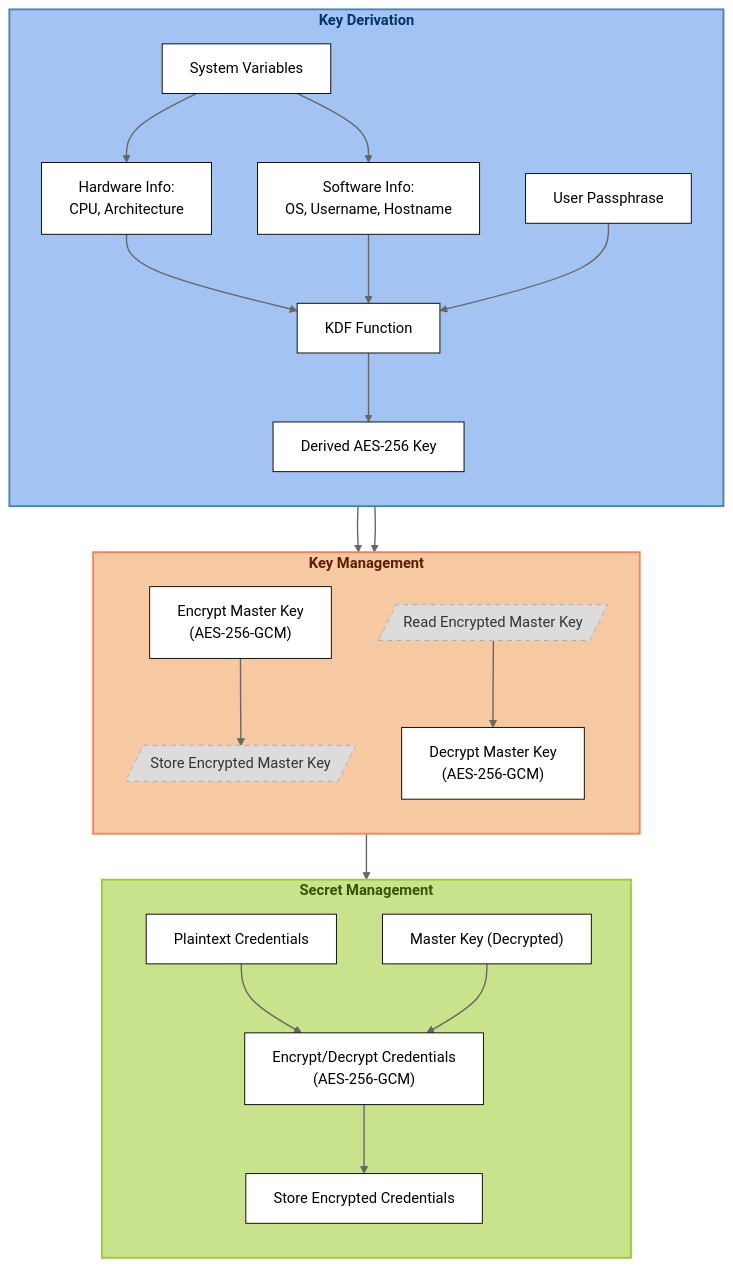
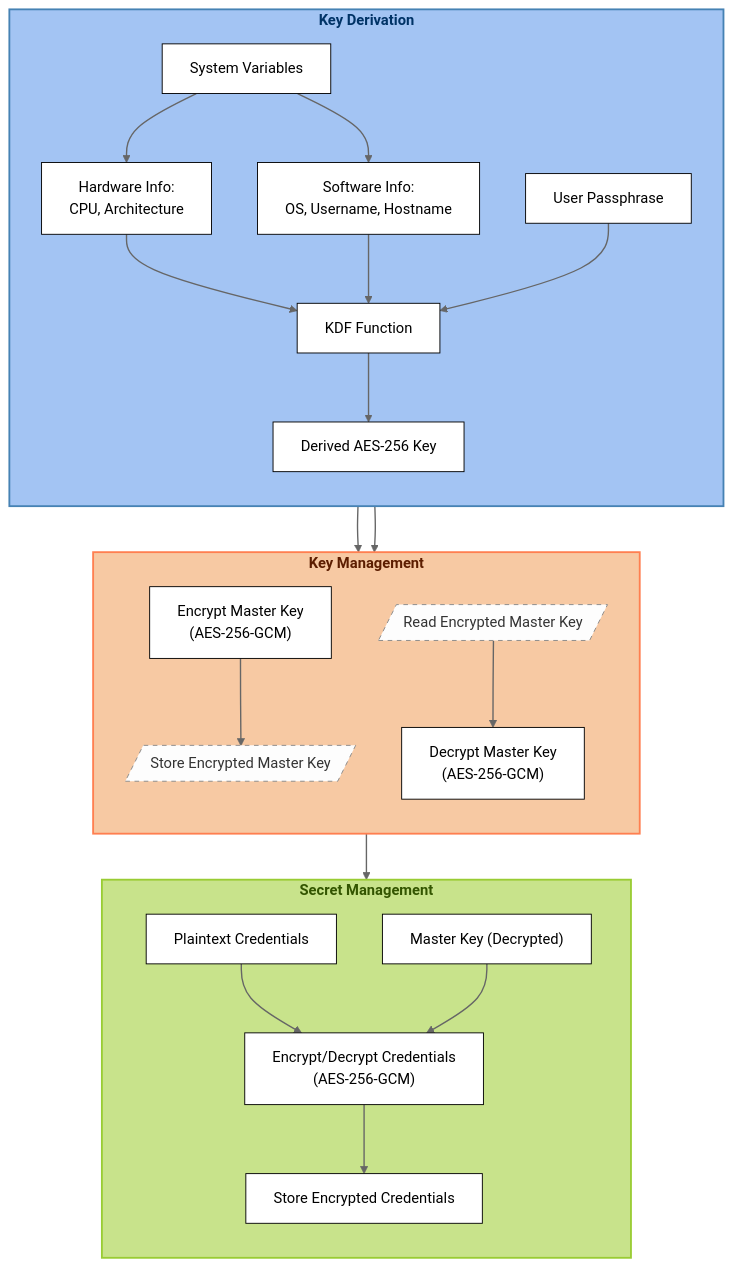
The diagram in README.md (rohitlal125555/securecredentials), drawn with Mermaid before and after one commit.

Commit message:
Update flow chart color scheme

````diff
--- a/README.md
+++ b/README.md
@@ -58,61 +58,61 @@
 ```mermaid
 flowchart TD
  subgraph A["<b>Key Derivation</b>"]
     direction TB
         SV["System Variables"]
         HW["Hardware Info:<br>CPU, Architecture"]
         SW["Software Info:<br>OS, Username, Hostname"]
         PP["User Passphrase"]
         KDF["KDF Function"]
         DK["Derived AES-256 Key"]
   end
  subgraph B["<b>Key Management</b>"]
     direction TB
         ENC_MK["Encrypt Master Key<br>(AES-256-GCM)"]
         MK_FILE[/"Store Encrypted Master Key"/]
         READ_MK[/"Read Encrypted Master Key"/]
         DEC_MK["Decrypt Master Key<br>(AES-256-GCM)"]
   end
  subgraph C["<b>Secret Management</b>"]
     direction TB
         CREDS["Plaintext Credentials"]
         MK_DEC["Master Key (Decrypted)"]
         ENC_CREDS["Encrypt/Decrypt Credentials<br>(AES-256-GCM)"]
         STORE_CREDS["Store Encrypted Credentials"]
   end
     SV --> HW & SW
     HW --> KDF
     SW --> KDF
     PP --> KDF
     KDF --> DK
     DK --> ENC_MK & DEC_MK
     ENC_MK --> MK_FILE
     READ_MK --> DEC_MK
     DEC_MK --> MK_DEC
     CREDS --> ENC_CREDS
     MK_DEC --> ENC_CREDS
     ENC_CREDS --> STORE_CREDS
 
     %% Default Shade
     classDef default fill:#ffffff,stroke:#000000,color:#000000;
     linkStyle default stroke:#666,stroke-width:1.5px;
 
     %% Darker Shades
-    classDef keyDerivation fill:#e0f0ff,stroke:#4682b4,color:#003366,stroke-width:2px
-    classDef keyMgmt fill:#fff0e6,stroke:#ff7f50,color:#5c1d00,stroke-width:2px
-    classDef secretMgmt fill:#f5ffe6,stroke:#99cc33,color:#335500,stroke-width:2px
-    classDef storageNode fill:#fdfdfd,stroke:#aaa,color:#333,stroke-dasharray: 5 5
+    %% classDef keyDerivation fill:#e0f0ff,stroke:#4682b4,color:#003366,stroke-width:2px
+    %% classDef keyMgmt fill:#fff0e6,stroke:#ff7f50,color:#5c1d00,stroke-width:2px
+    %% classDef secretMgmt fill:#f5ffe6,stroke:#99cc33,color:#335500,stroke-width:2px
+    %% classDef storageNode fill:#fdfdfd,stroke:#aaa,color:#333,stroke-dasharray: 5 5
 
     %% Darker Shades    
     classDef keyDerivation fill:#a3c4f3,stroke:#4682b4,color:#003366,stroke-width:2px;
     classDef keyMgmt fill:#f7c9a3,stroke:#ff7f50,color:#5c1d00,stroke-width:2px;
     classDef secretMgmt fill:#c8e38b,stroke:#99cc33,color:#335500,stroke-width:2px;
-    classDef storageNode fill:#dcdcdc,stroke:#aaa,color:#333,stroke-dasharray:5 5;
+    classDef storageNode fill:#fdfdfd,stroke:#888,color:#333,stroke-dasharray: 5 5
 
     class A keyDerivation;
     class B keyMgmt;
     class C secretMgmt;
     class MK_FILE storageNode;
     class READ_MK storageNode;
 
 ```
````
